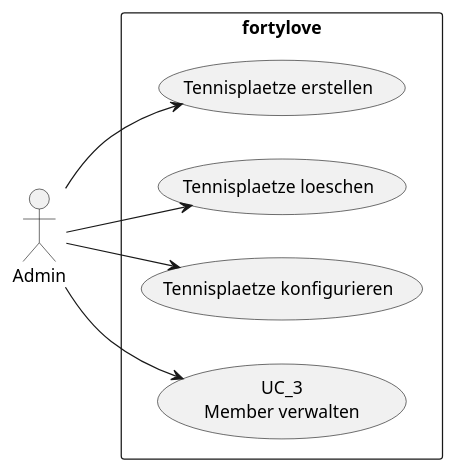
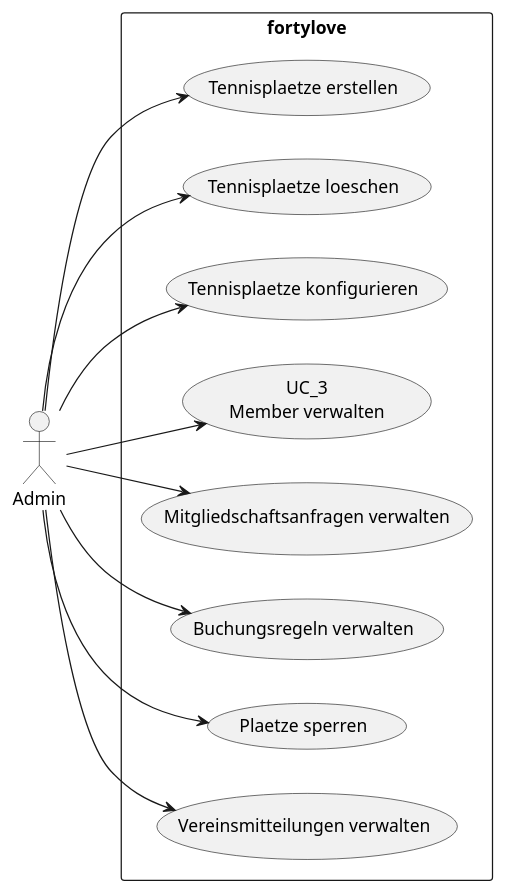
One commit to incrediblybadcoder/fortylove changed the diagram in documents/design/usecases/UseCasesAdmin.puml. Above: the diagram before and after it, drawn with PlantUML. The commit also changed 2 other files, not shown here.

Commit message:
#243 - Sequence Diagram erstellt um zu visualisieren wie ein Gast User ein Mitglied wird

```diff
--- a/documents/design/usecases/UseCasesAdmin.puml
+++ b/documents/design/usecases/UseCasesAdmin.puml
@@ -1,11 +1,15 @@
 @startuml
 left to right direction
 actor "Admin" as Actor
 rectangle fortylove {
     Actor --> (Tennisplaetze erstellen)
     Actor --> (Tennisplaetze loeschen)
     Actor --> (Tennisplaetze konfigurieren)
     Actor --> (UC_3\nMember verwalten)
+    Actor --> (Mitgliedschaftsanfragen verwalten)
+    Actor --> (Buchungsregeln verwalten)
+    Actor --> (Plaetze sperren)
+    Actor --> (Vereinsmitteilungen verwalten)
 }
 
 @enduml
```
